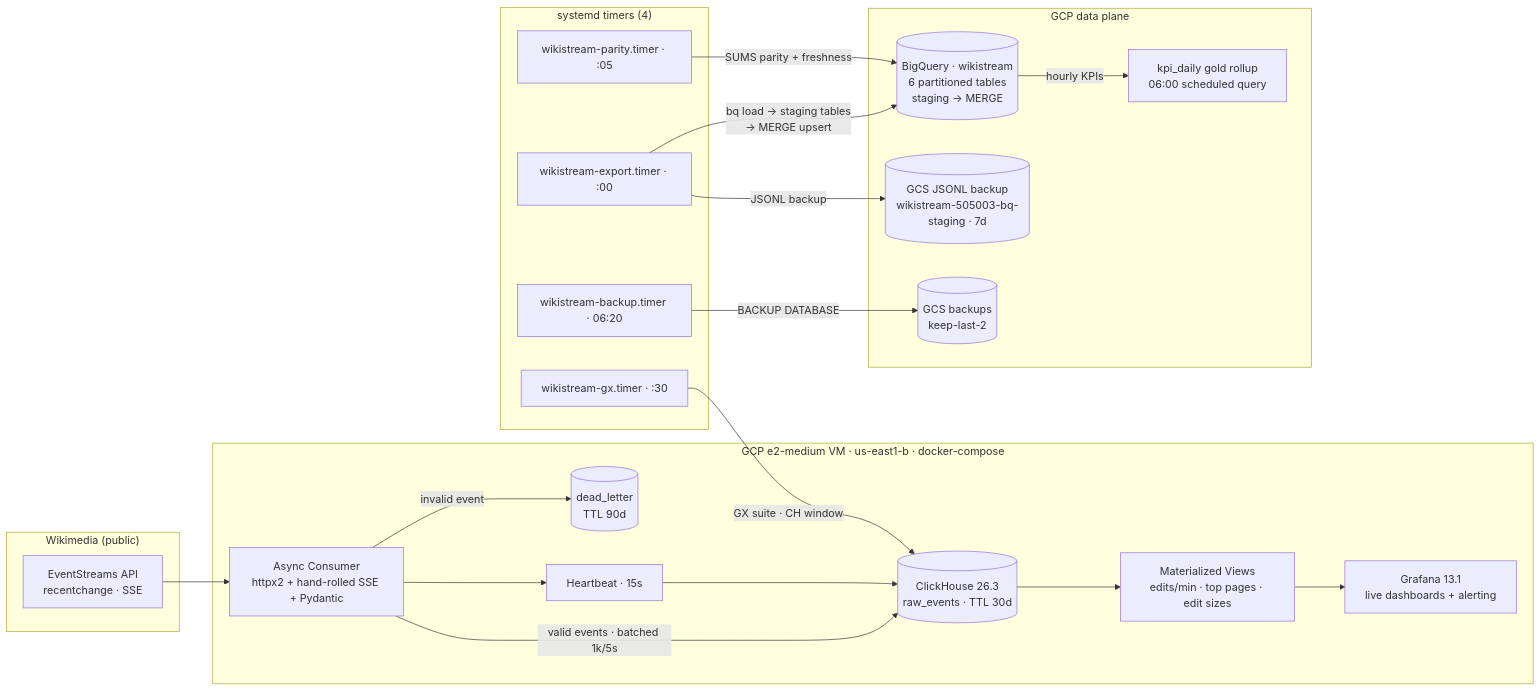
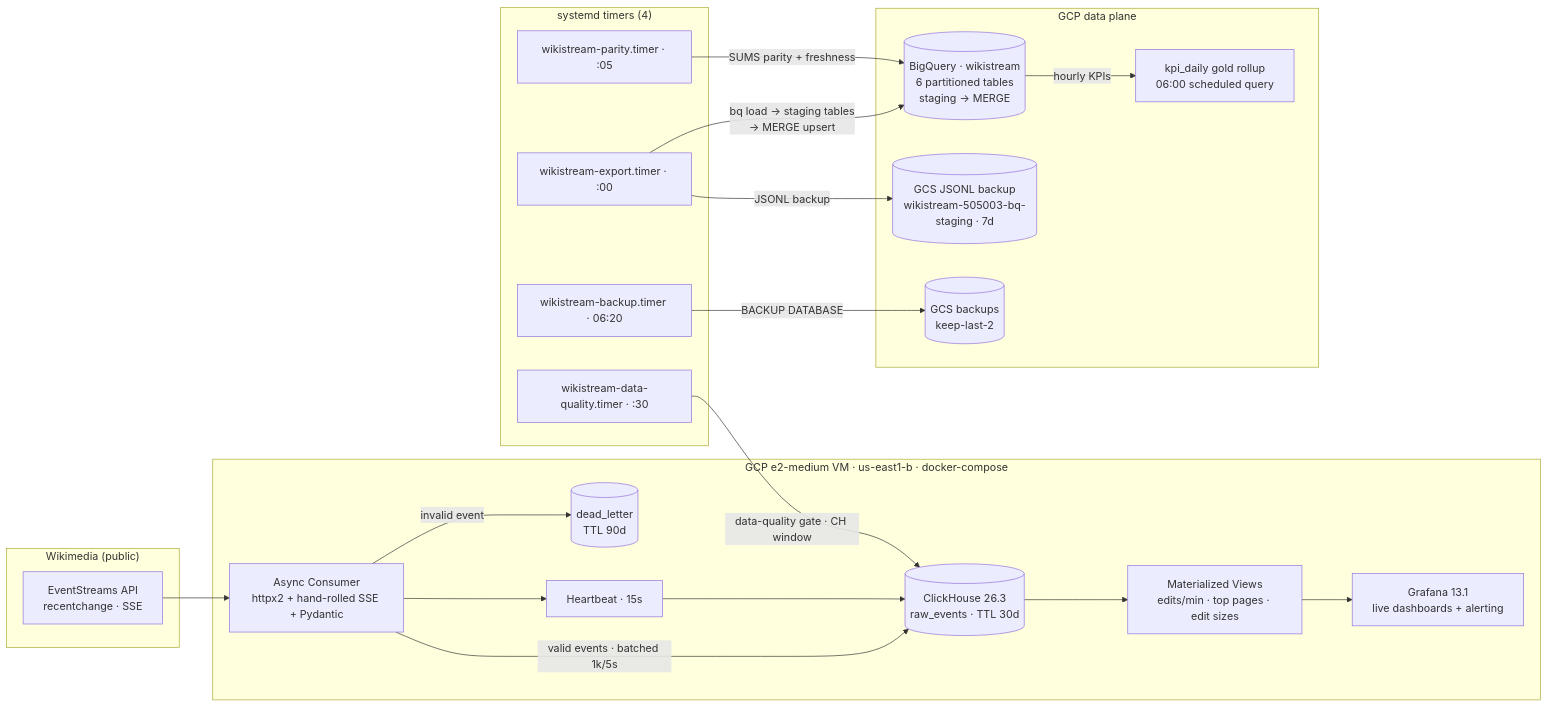
The diagram in README.md (AhmedIkram05/WikiStream), drawn with Mermaid before and after one commit. The commit also changed other lines of this file and 6 other files, not shown here.

Commit message:
docs: record the GX -> data_quality migration

````diff
--- a/README.md
+++ b/README.md
@@ -44,41 +43,41 @@
 ```mermaid
 flowchart LR
     subgraph Source["Wikimedia (public)"]
         SSE["EventStreams API<br/>recentchange · SSE"]
     end
 
     subgraph VM["GCP e2-medium VM · us-east1-b · docker-compose"]
         CON["Async Consumer<br/>httpx2 + hand-rolled SSE + Pydantic"]
         DL[("dead_letter<br/>TTL 90d")]
         CH[("ClickHouse 26.3<br/>raw_events · TTL 30d")]
         MV["Materialized Views<br/>edits/min · top pages · edit sizes"]
         GRA["Grafana 13.1<br/>live dashboards + alerting"]
         HBEAT["Heartbeat · 15s"]
         CON -->|"invalid event"| DL
         CON -->|"valid events · batched 1k/5s"| CH
         CH --> MV --> GRA
         CON --> HBEAT --> CH
     end
 
     subgraph TIM["systemd timers (4)"]
-        GXT["wikistream-gx.timer · :30"]
+        DQT["wikistream-data-quality.timer · :30"]
         EXP["wikistream-export.timer · :00"]
         PAR["wikistream-parity.timer · :05"]
         BAK["wikistream-backup.timer · 06:20"]
     end
 
     subgraph GCP["GCP data plane"]
         BQ[("BigQuery · wikistream<br/>6 partitioned tables<br/>staging → MERGE")]
         ROLL["kpi_daily gold rollup<br/>06:00 scheduled query"]
         GCS[("GCS JSONL backup<br/>wikistream-505003-bq-staging · 7d")]
         BK[("GCS backups<br/>keep-last-2")]
     end
 
     SSE --> CON
-    GXT -->|"GX suite · CH window"| CH
+    DQT -->|"data-quality gate · CH window"| CH
     EXP -->|"bq load → staging tables<br/>→ MERGE upsert"| BQ
     EXP -->|"JSONL backup"| GCS
     BQ -->|"hourly KPIs"| ROLL
     PAR -->|"SUMS parity + freshness"| BQ
     BAK -->|"BACKUP DATABASE"| BK
 ```
````
